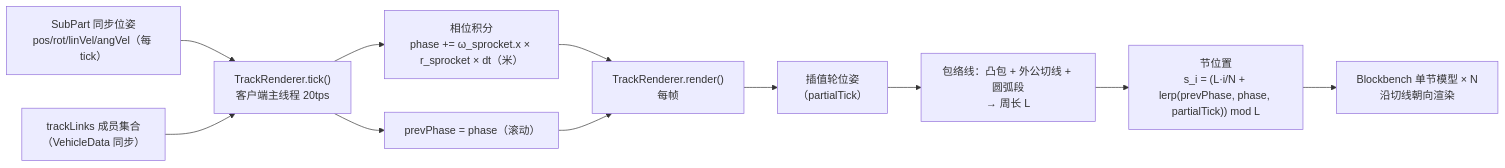
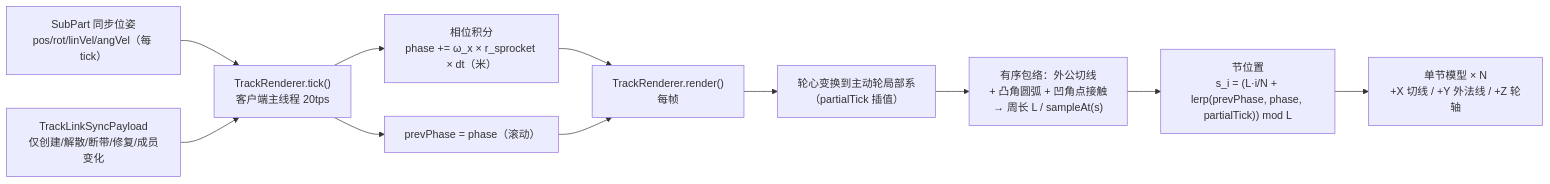
One commit to Sweetzonzi/Machine-Max changed the diagram in docs/plan/进行中/履带系统-物理实现设计文档.md. Above: the diagram before and after it, drawn with Mermaid. The commit also changed other lines of this file and 15 other files, not shown here.

````diff
--- a/docs/plan/进行中/履带系统-物理实现设计文档.md
+++ b/docs/plan/进行中/履带系统-物理实现设计文档.md
@@ -467,13 +480,13 @@
 ```mermaid
 flowchart LR
     A["SubPart 同步位姿<br>pos/rot/linVel/angVel（每 tick）"] --> B["TrackRenderer.tick()<br>客户端主线程 20tps"]
-    C["trackLinks 成员集合<br>（VehicleData 同步）"] --> B
-    B --> D["相位积分<br>phase += ω_sprocket.x × r_sprocket × dt（米）"]
+    C["TrackLinkSyncPayload<br>仅创建/解散/断带/修复/成员变化"] --> B
+    B --> D["相位积分<br>phase += ω_x × r_sprocket × dt（米）"]
     B --> E["prevPhase = phase（滚动）"]
     D --> F["TrackRenderer.render()<br>每帧"]
     E --> F
-    F --> G["插值轮位姿<br>（partialTick）"]
-    G --> H["包络线：凸包 + 外公切线 + 圆弧段<br>→ 周长 L"]
+    F --> G["轮心变换到主动轮局部系<br>（partialTick 插值）"]
+    G --> H["有序包络：外公切线<br>+ 凸角圆弧 + 凹角点接触<br>→ 周长 L / sampleAt(s)"]
     H --> I["节位置<br>s_i = (L·i/N + lerp(prevPhase, phase, partialTick)) mod L"]
-    I --> J["Blockbench 单节模型 × N<br>沿切线朝向渲染"]
+    I --> J["单节模型 × N<br>+X 切线 / +Y 外法线 / +Z 轮轴"]
 ```
````
